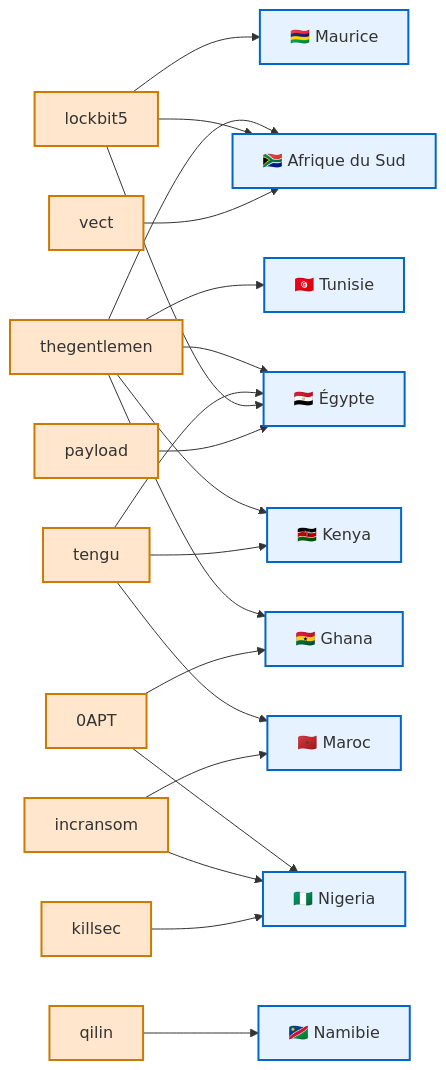
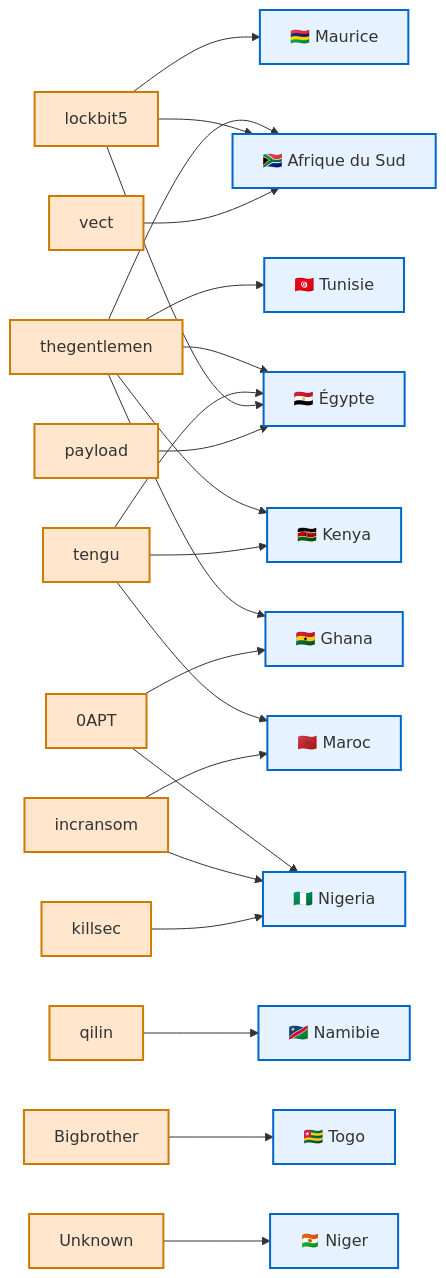
One commit to Hatchepsoute/AFRINTEL changed the first of 2 diagrams in visual-intelligence/README_FR.md. Above: the diagram before and after it, drawn with Mermaid. The commit also changed other lines of this file and 3 other files, not shown here.

````diff
--- a/visual-intelligence/README_FR.md
+++ b/visual-intelligence/README_FR.md
@@ -17,51 +18,57 @@
 ```mermaid
 flowchart LR
 
 classDef actor fill:#ffe6cc,stroke:#cc7a00,stroke-width:2px;
 classDef country fill:#e6f2ff,stroke:#0066cc,stroke-width:2px;
 
 A1["thegentlemen"]:::actor
 A2["tengu"]:::actor
 A3["0APT"]:::actor
 A4["lockbit5"]:::actor
 A5["incransom"]:::actor
 A6["vect"]:::actor
 A7["qilin"]:::actor
 A8["payload"]:::actor
 A9["killsec"]:::actor
+A10["Bigbrother"]:::actor
+A11["Unknown"]:::actor
 
 C1["🇿🇦 Afrique du Sud"]:::country
 C2["🇪🇬 Égypte"]:::country
 C3["🇰🇪 Kenya"]:::country
 C4["🇳🇬 Nigeria"]:::country
 C5["🇬🇭 Ghana"]:::country
 C6["🇲🇦 Maroc"]:::country
 C7["🇹🇳 Tunisie"]:::country
 C8["🇳🇦 Namibie"]:::country
 C9["🇲🇺 Maurice"]:::country
+C10["🇹🇬 Togo"]:::country
+C11["🇳🇪 Niger"]:::country
 
 A1 --> C1
 A1 --> C2
 A1 --> C3
 A1 --> C5
 A1 --> C7
 
 A2 --> C6
 A2 --> C2
 A2 --> C3
 
 A3 --> C5
 A3 --> C4
 
 A4 --> C2
 A4 --> C9
 A4 --> C1
 
 A5 --> C4
 A5 --> C6
 
 A6 --> C1
 A7 --> C8
 A8 --> C2
 A9 --> C4
+A10 --> C10
+A11 --> C11
 ```
````
